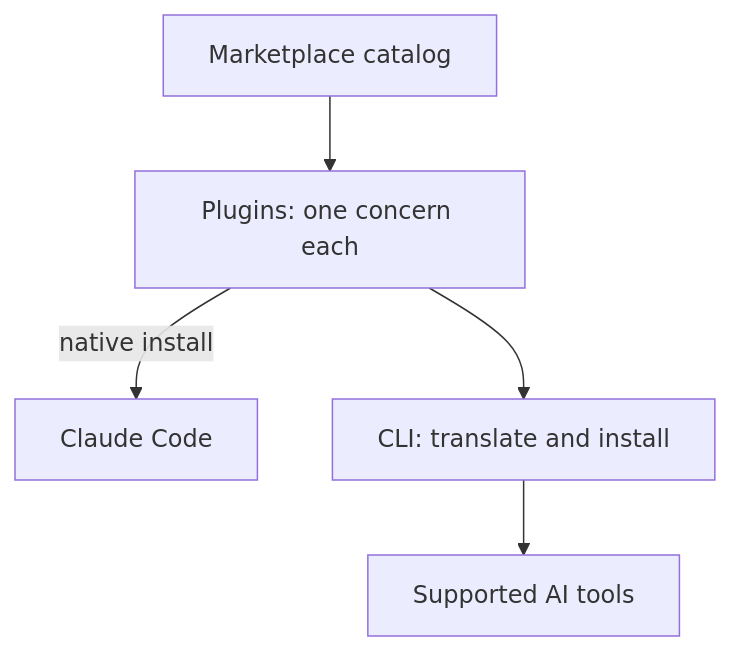
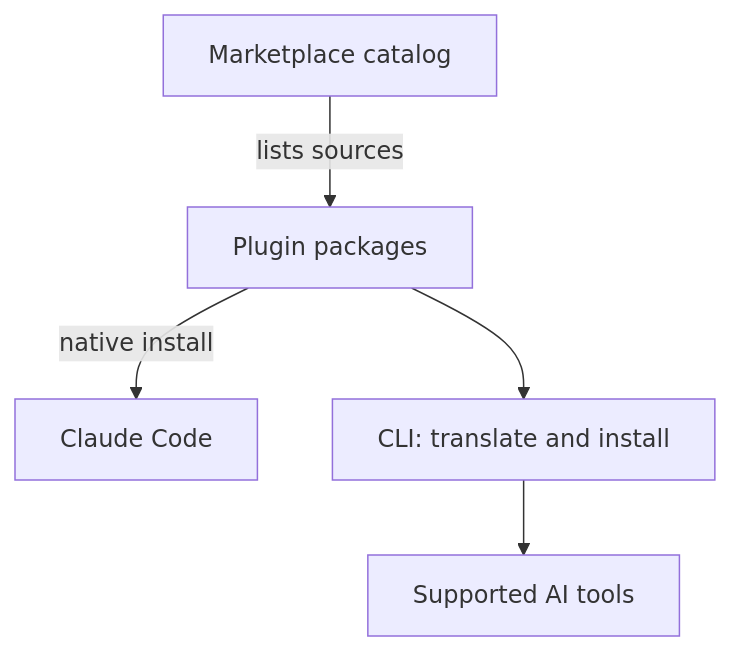
The first of 2 diagrams in docs/ARCHITECTURE.md (ai-driven-dev/framework), drawn with Mermaid before and after one commit. The commit also changed other lines of this file and 1 other file, not shown here.

First line of the commit message:
docs(framework): prefer architecture diagrams and tables

````diff
--- a/docs/ARCHITECTURE.md
+++ b/docs/ARCHITECTURE.md
@@ -13,7 +7,7 @@
 ```mermaid
 flowchart TB
-  Catalog["Marketplace catalog"] --> Plugins["Plugins: one concern each"]
+  Catalog["Marketplace catalog"] -->|lists sources| Plugins["Plugin packages"]
   Plugins -->|native install| Claude["Claude Code"]
   Plugins --> CLI["CLI: translate and install"]
   CLI --> Tools["Supported AI tools"]
 ```
````
